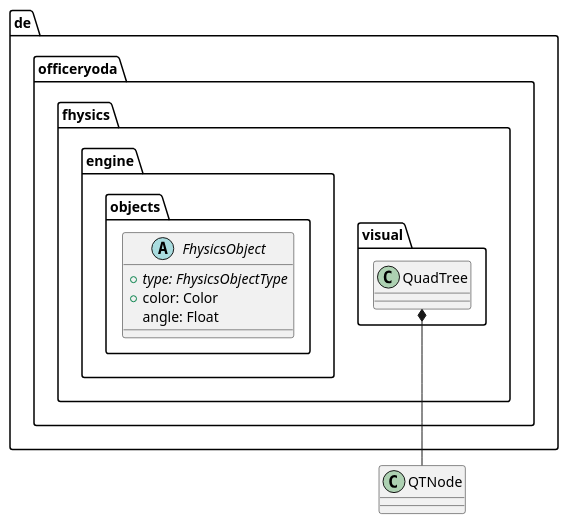
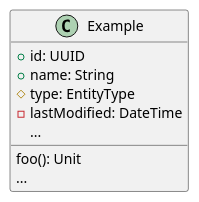
One commit to OfficerYoda/Fhysics changed the diagram in diagrams/short.puml. Above: the diagram before and after it, drawn with PlantUML. The commit also changed 2 other files, not shown here.

Commit message:
FhysicsObject hierarchy UML Diagram

```diff
--- a/diagrams/short.puml
+++ b/diagrams/short.puml
@@ -1,17 +1,13 @@
 @startuml
 
-class de.officeryoda.fhysics.visual.QuadTree {
-
+class Example {
+    +id: UUID
+    +name: String
+    #type: EntityType
+    -lastModified: DateTime
+    {field} ...
+    foo(): Unit
+    {method} ...
 }
 
-
-abstract class de.officeryoda.fhysics.engine.objects.FhysicsObject {
-    {abstract} + type: FhysicsObjectType
-    + color: Color
-    angle: Float
-}
-
-' QTNode is a inner class of QuadTree
-QuadTree *--  QTNode
-
 @enduml
```
